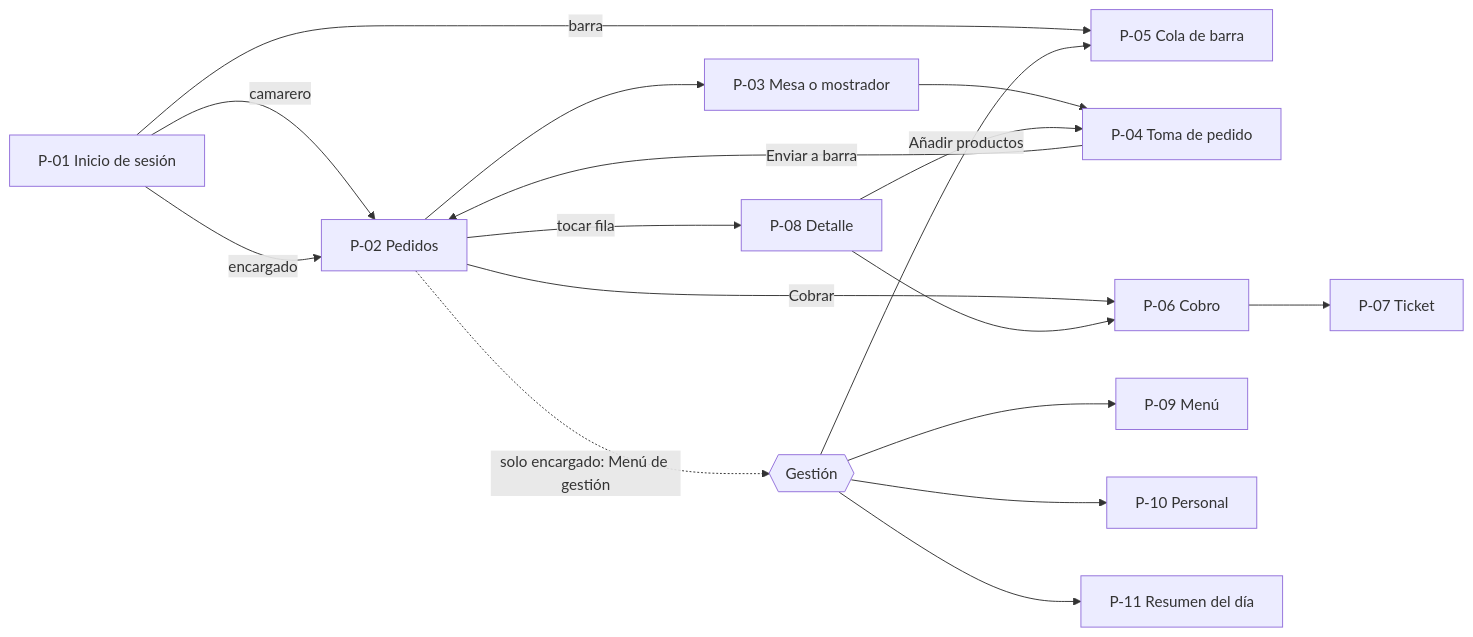
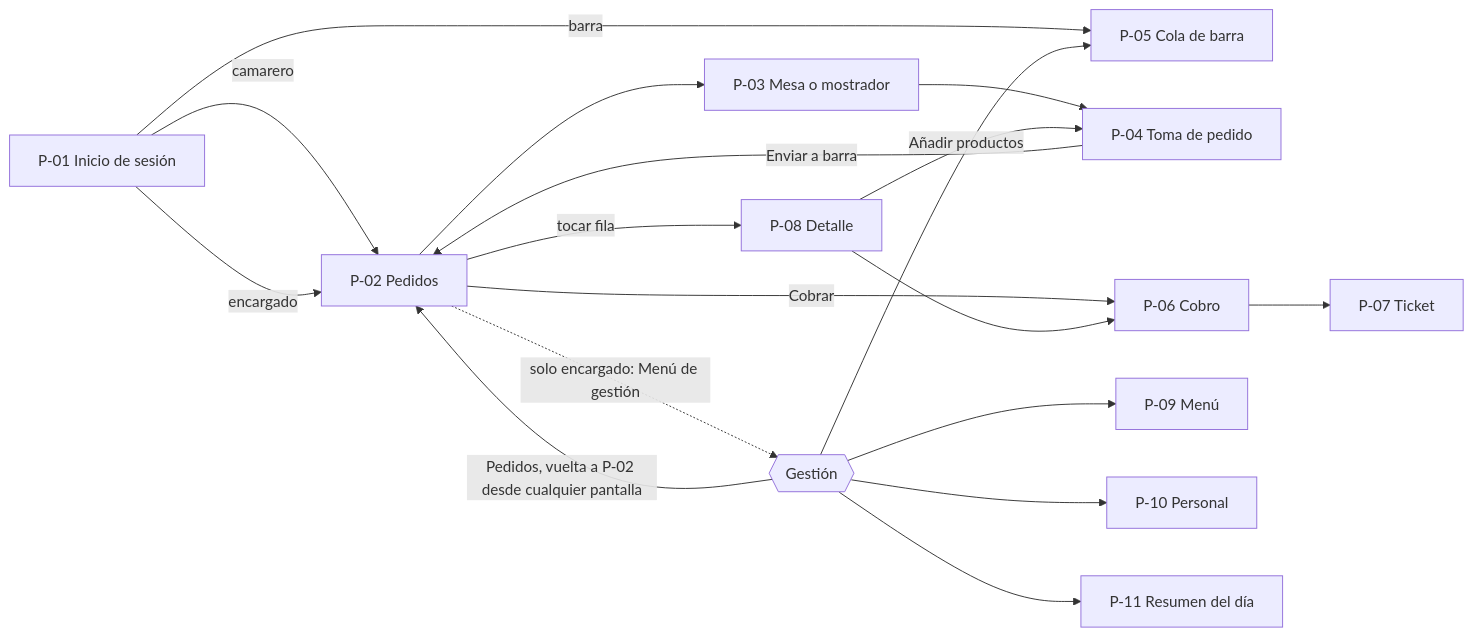
The first of 7 diagrams in docs/ux/flujos.md (Pablo592/testing-ia), drawn with Mermaid before and after one commit. The commit also changed other lines of this file and 7 other files, not shown here.

````diff
--- a/docs/ux/flujos.md
+++ b/docs/ux/flujos.md
@@ -31,16 +32,17 @@
 ```mermaid
 flowchart LR
   L[P-01 Inicio de sesión] -->|camarero| P[P-02 Pedidos]
   L -->|barra| C[P-05 Cola de barra]
   L -->|encargado| P
   P --> N[P-03 Mesa o mostrador] --> T[P-04 Toma de pedido]
   T -->|Enviar a barra| P
   P -->|Cobrar| CB[P-06 Cobro] --> TK[P-07 Ticket]
   P -->|tocar fila| D[P-08 Detalle] --> CB
   D -->|Añadir productos| T
   P -. solo encargado: Menú de gestión .-> G{{Gestión}}
+  G -->|Pedidos, vuelta a P-02 desde cualquier pantalla| P
   G --> M[P-09 Menú]
   G --> S[P-10 Personal]
   G --> R[P-11 Resumen del día]
   G --> C
 ```
````
